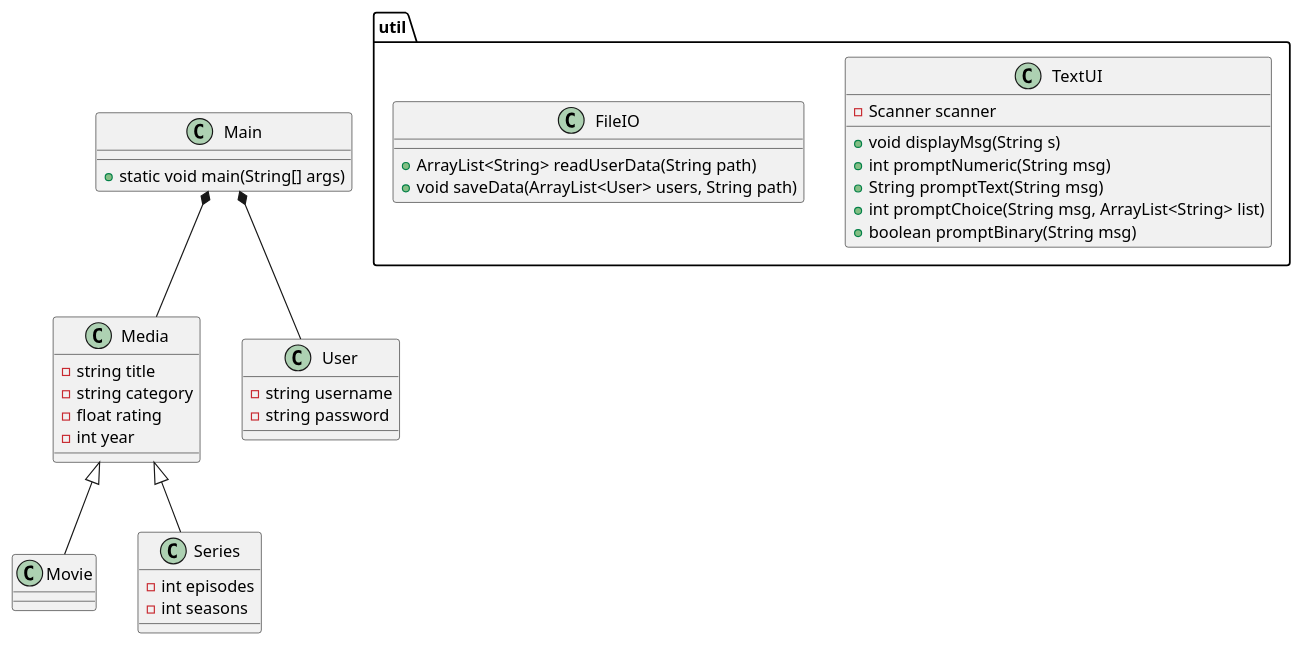
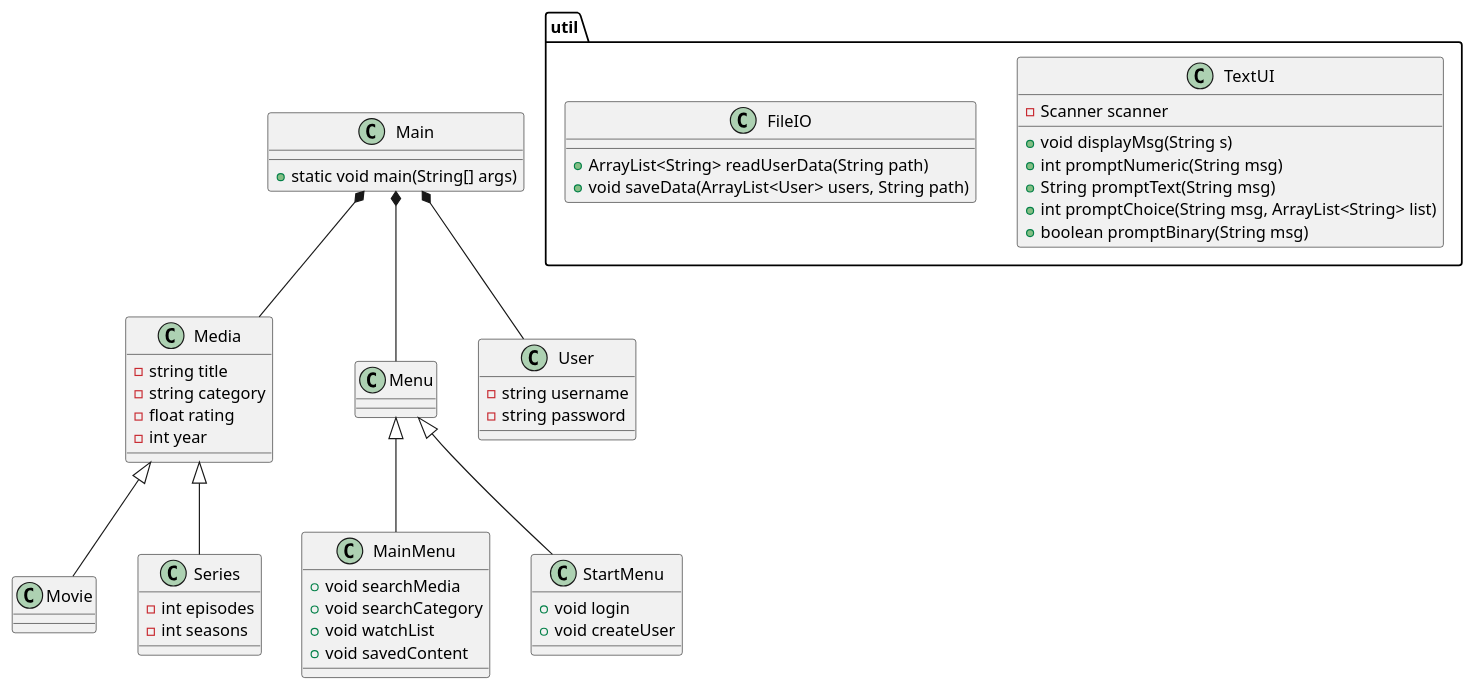
The diagram in docs/classdiagram_v0.puml (b-rino/SP3), drawn with PlantUML before and after one commit. The commit also changed 5 other files, not shown here.

Commit message:
Added to classdiagram

```diff
--- a/docs/classdiagram_v0.puml
+++ b/docs/classdiagram_v0.puml
@@ -1,51 +1,72 @@
 @startuml
 class Main{
 + static void main(String[] args)
 }
 
 class Media{
 - string title
 - string category
 - float rating
 - int year
 
 }
+
+class Menu{
+
+}
+
+class MainMenu {
+    + void searchMedia
+    + void searchCategory
+    + void watchList
+    + void savedContent
+}
+
+class StartMenu {
+    + void login
+    + void createUser
+
+}
+
 
 class Movie{
 }
 
 class Series{
 - int episodes
 - int seasons
 }
 
 class User{
 - string username
 - string password
 }
 
 package "util" {
 class TextUI{
 - Scanner scanner
 
 +void displayMsg(String s)
 +int promptNumeric(String msg)
 +String promptText(String msg)
 +int promptChoice(String msg, ArrayList<String> list)
 +boolean promptBinary(String msg)
 }
 class FileIO{
 +ArrayList<String> readUserData(String path)
 +void saveData(ArrayList<User> users, String path)
 }
 }
 
 Main *-- Media
 Media<|--Series
 Media <|-- Movie
 Main *-- User
+Main *-- Menu
+Menu <|-- MainMenu
+Menu <|-- StartMenu
 
 
 
 
 @enduml
```
